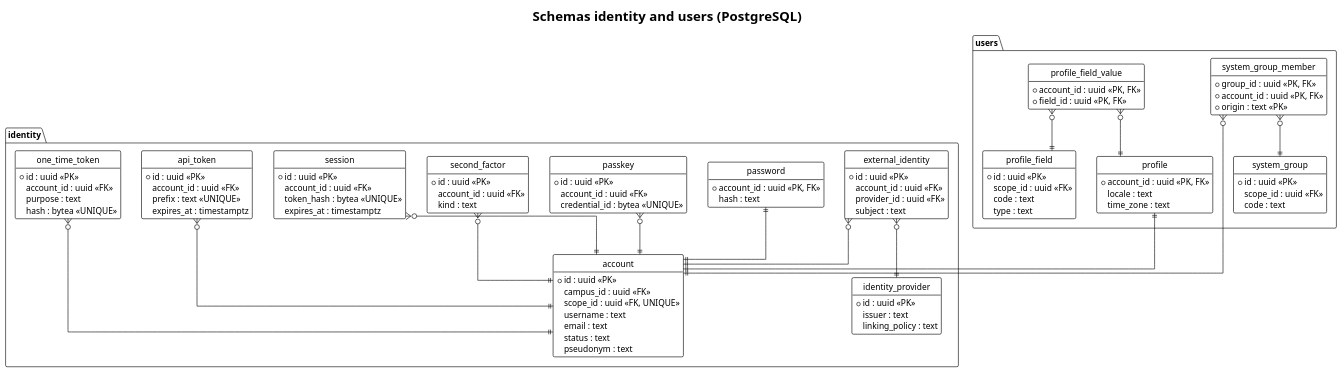
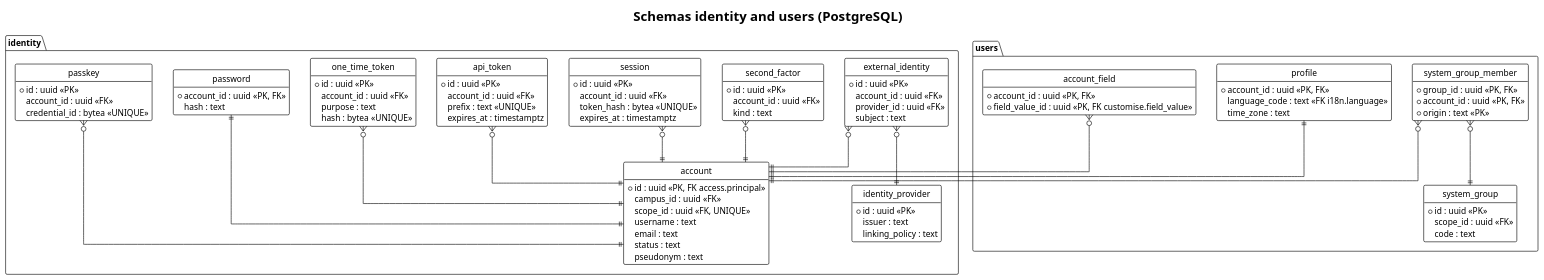
The diagram in docs/03-design/data-model/identity.puml (didactika/kampus), drawn with PlantUML before and after one commit. The commit also changed 50 other files, not shown here.

First line of the commit message:
docs(docs): data model conventions and acyclic schema dependencies

```diff
--- a/docs/03-design/data-model/identity.puml
+++ b/docs/03-design/data-model/identity.puml
@@ -1,103 +1,96 @@
 @startuml
 !theme plain
 hide empty members
 hide circle
 skinparam linetype ortho
 title Schemas identity and users (PostgreSQL)
 
 package identity {
   entity account {
-    * id : uuid <<PK>>
+    * id : uuid <<PK, FK access.principal>>
     campus_id : uuid <<FK>>
     scope_id : uuid <<FK, UNIQUE>>
     username : text
     email : text
     status : text
     pseudonym : text
   }
   entity password {
     * account_id : uuid <<PK, FK>>
     hash : text
   }
   entity passkey {
     * id : uuid <<PK>>
     account_id : uuid <<FK>>
     credential_id : bytea <<UNIQUE>>
   }
   entity identity_provider {
     * id : uuid <<PK>>
     issuer : text
     linking_policy : text
   }
   entity external_identity {
     * id : uuid <<PK>>
     account_id : uuid <<FK>>
     provider_id : uuid <<FK>>
     subject : text
   }
   entity second_factor {
     * id : uuid <<PK>>
     account_id : uuid <<FK>>
     kind : text
   }
   entity session {
     * id : uuid <<PK>>
     account_id : uuid <<FK>>
     token_hash : bytea <<UNIQUE>>
     expires_at : timestamptz
   }
   entity api_token {
     * id : uuid <<PK>>
     account_id : uuid <<FK>>
     prefix : text <<UNIQUE>>
     expires_at : timestamptz
   }
   entity one_time_token {
     * id : uuid <<PK>>
     account_id : uuid <<FK>>
     purpose : text
     hash : bytea <<UNIQUE>>
   }
 }
 package users {
   entity profile {
     * account_id : uuid <<PK, FK>>
-    locale : text
+    language_code : text <<FK i18n.language>>
     time_zone : text
   }
-  entity profile_field {
-    * id : uuid <<PK>>
-    scope_id : uuid <<FK>>
-    code : text
-    type : text
-  }
-  entity profile_field_value {
+  entity account_field {
     * account_id : uuid <<PK, FK>>
-    * field_id : uuid <<PK, FK>>
+    * field_value_id : uuid <<PK, FK customise.field_value>>
   }
   entity system_group {
     * id : uuid <<PK>>
     scope_id : uuid <<FK>>
     code : text
   }
   entity system_group_member {
     * group_id : uuid <<PK, FK>>
     * account_id : uuid <<PK, FK>>
     * origin : text <<PK>>
   }
 }
 
 password ||--|| account
 passkey }o--|| account
 external_identity }o--|| account
 external_identity }o--|| identity_provider
 second_factor }o--|| account
 session }o--|| account
 api_token }o--|| account
 one_time_token }o--|| account
 profile ||--|| account
-profile_field_value }o--|| profile
-profile_field_value }o--|| profile_field
+account_field }o--|| account
 system_group_member }o--|| system_group
 system_group_member }o--|| account
 @enduml
```
